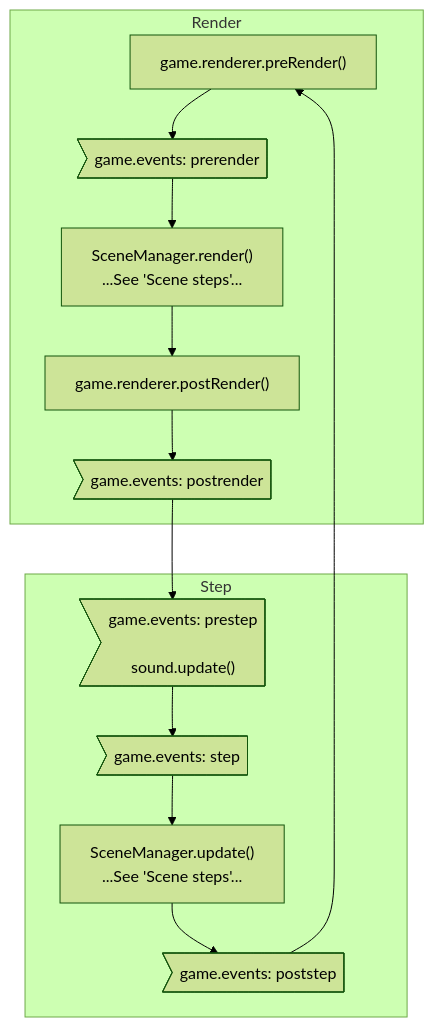
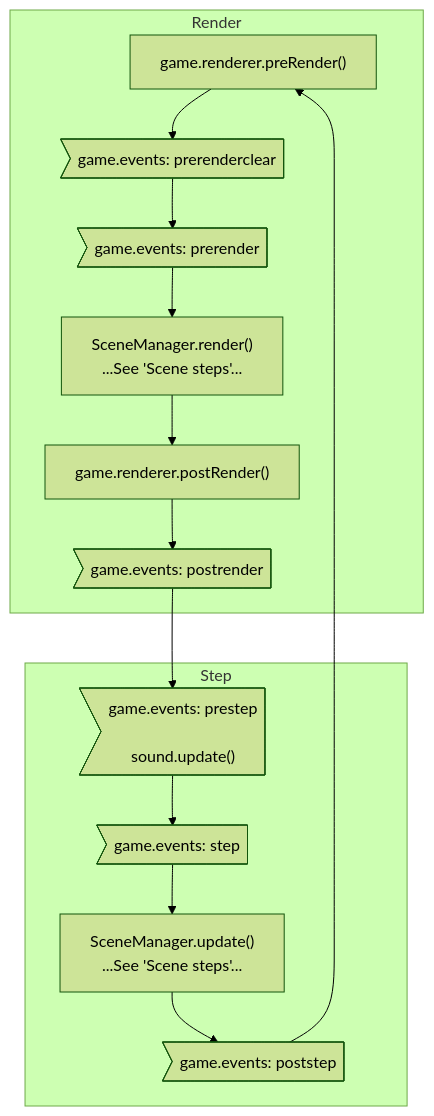
One commit to rexrainbow/phaser3-rex-notes changed the first of 2 diagrams in docs/docs/mainloop.md. Above: the diagram before and after it, drawn with Mermaid (forest theme). The commit also changed other lines of this file and 12 other files, not shown here.

````diff
--- a/docs/docs/mainloop.md
+++ b/docs/docs/mainloop.md
@@ -88,29 +95,31 @@
 ```mermaid
 graph TB
 
 subgraph Render
 GameRenderPreRender["game.renderer.preRender()"]
+GameEventPreRenderClear>"game.events: prerenderclear"]
 GameEventPreRender>"game.events: prerender"]
 SceneManagerRender["SceneManager.render()<br>...See 'Scene steps'..."]
 GameRenderPostRender["game.renderer.postRender()"]
 GameEventPostRender>"game.events: postrender"]
 end
 
 subgraph Step
 GameEventPreStep>"game.events: prestep<br><br>sound.update()"]
 GameEventStep>"game.events: step"]
 SceneManagerUpdate["SceneManager.update()<br>...See 'Scene steps'..."]
 GameEventPostStep>"game.events: poststep"]
 end
 
 
 GameEventPreStep --> GameEventStep
 GameEventStep --> SceneManagerUpdate
 SceneManagerUpdate --> GameEventPostStep
 GameEventPostStep --> GameRenderPreRender
-GameRenderPreRender --> GameEventPreRender
+GameRenderPreRender --> GameEventPreRenderClear
+GameEventPreRenderClear --> GameEventPreRender
 GameEventPreRender --> SceneManagerRender
 SceneManagerRender --> GameRenderPostRender
 GameRenderPostRender --> GameEventPostRender
 GameEventPostRender --> GameEventPreStep
 ```
````
